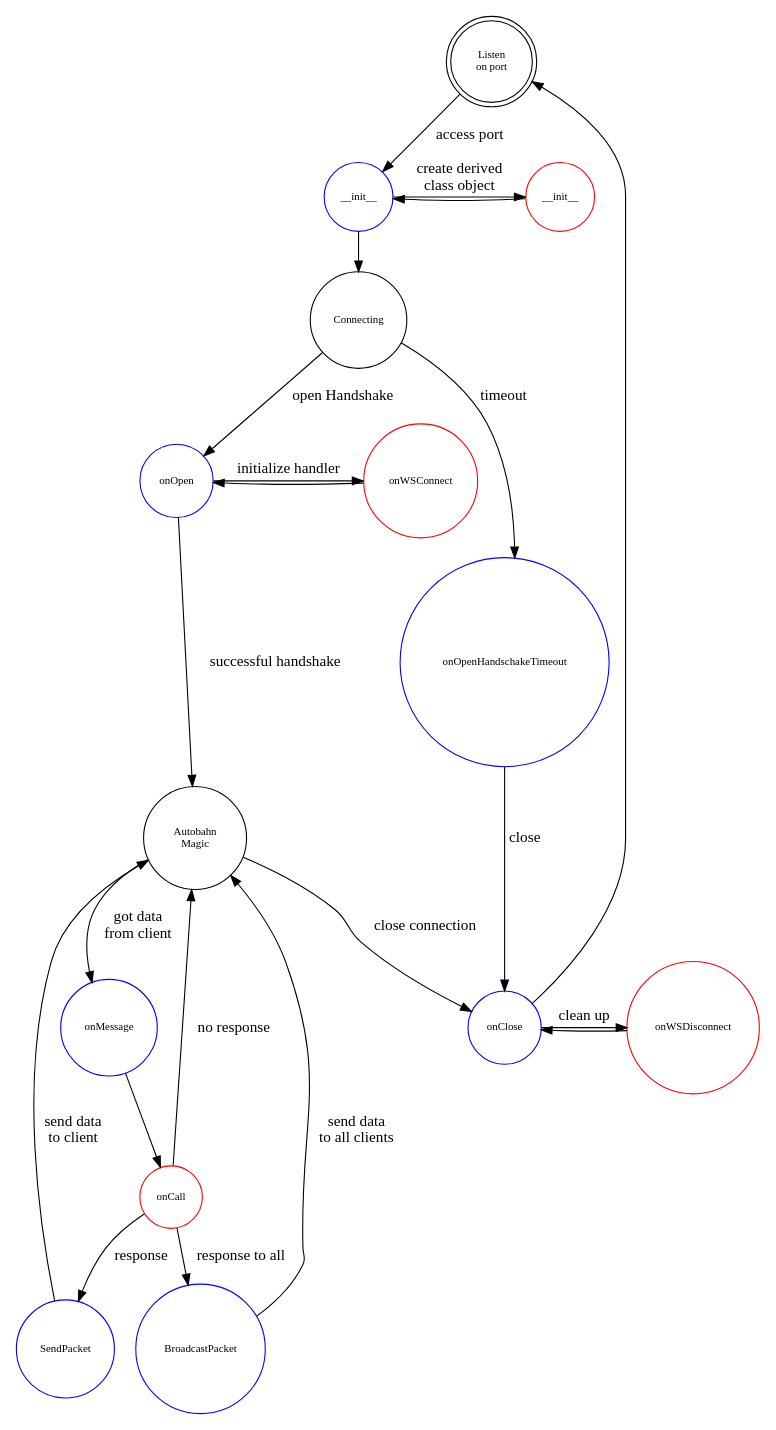
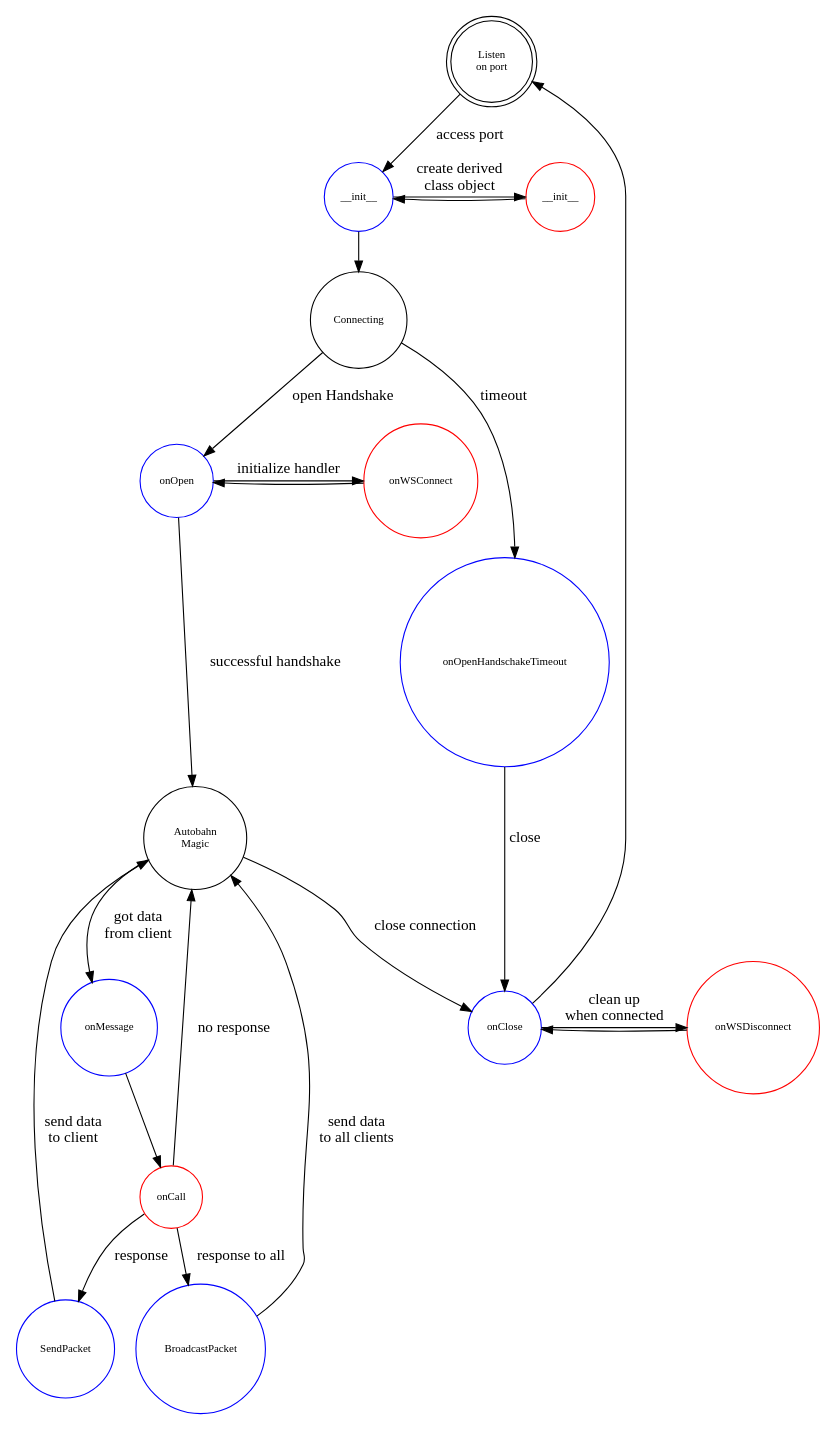
One commit to rstemmer/musicdb changed the second of 2 diagrams in docs/source/lib/websockets.rst. Above: the diagram before and after it, drawn with Graphviz. The commit also changed 1 other file, not shown here.

Commit message:
onWSDisconnect now gets only called after a successful connection, not after timeouts or errors

```diff
--- a/docs/source/lib/websockets.rst
+++ b/docs/source/lib/websockets.rst
@@ -64,56 +64,56 @@
    .. graphviz::
 
       digraph finite_state_machine {
          size="8,12"
 
           node [shape = doublecircle, color=black, fontsize=10, label="Listen\non port"    ] Listen_on_port;
           node [shape = circle, color=red,   fontsize=10, label="__init__"                ] CB__init__;
           node [shape = circle, color=blue,  fontsize=10, label="__init__"                ] __init__;
           node [shape = circle, color=black, fontsize=10, label="Connecting"              ] Connecting;
           node [shape = circle, color=blue,  fontsize=10, label="onOpen"                  ] onOpen;
           node [shape = circle, color=red,   fontsize=10, label="onWSConnect"             ] onWSConnect;
           node [shape = circle, color=blue,  fontsize=10, label="onClose"                 ] onClose;
           node [shape = circle, color=red,   fontsize=10, label="onWSDisconnect"          ] onWSDisconnect;
           node [shape = circle, color=blue,  fontsize=10, label="onOpenHandschakeTimeout" ] onOpenHandshakeTimeout;
           // node [shape = circle, color=blue,  fontsize=10, label="onCloseHandschakeTimeout"] onCloseHandshakeTimeout;
           node [shape = circle, color=black, fontsize=10, label="Autobahn\nMagic"         ] Active;
           node [shape = circle, color=blue,  fontsize=10, label="onMessage"               ] onMessage;
           node [shape = circle, color=red,   fontsize=10, label="onCall"                  ] onCall;
           node [shape = circle, color=blue,  fontsize=10, label="SendPacket"              ] SendPacket;
           node [shape = circle, color=blue,  fontsize=10, label="BroadcastPacket"         ] BroadcastPacket;
 
           Listen_on_port -> __init__ [ label = "access port"];
           __init__ -> CB__init__ [ label = "create derived\nclass object" ];
           CB__init__ -> __init__;
 
           __init__ -> Connecting;
           Connecting -> onOpen [ label = "open Handshake" ];
           Connecting -> onOpenHandshakeTimeout [label = "timeout" ] ;
 
           onOpenHandshakeTimeout -> onClose [ label = "close" ];
        
           onOpen -> onWSConnect [ label = "initialize handler" ];
           onWSConnect -> onOpen;
           onOpen -> Active [ label = "successful handshake" ];
 
           Active -> onMessage [ label = "got data\nfrom client" ];
           onMessage -> onCall;
           onCall -> Active [ label = "no response" ];
           onCall -> SendPacket [ label = "response" ];
           onCall -> BroadcastPacket [ label = "response to all" ];
           SendPacket -> Active [ label = "send data\nto client" ];
           BroadcastPacket -> Active [ label = "send data\nto all clients" ];
 
           Active -> onClose [ label = "close connection" ];
        
-          onClose -> onWSDisconnect [ label = "clean up" ];
+          onClose -> onWSDisconnect [ label = "clean up\nwhen connected" ];
           onWSDisconnect -> onClose;
        
           onClose -> Listen_on_port;
 
           {rank = same; __init__; CB__init__;   }
           {rank = same; onOpen; onWSConnect;    }
           {rank = same; SendPacket; BroadcastPacket;    }
           {rank = same; onClose; onWSDisconnect;}
 
       }
```
